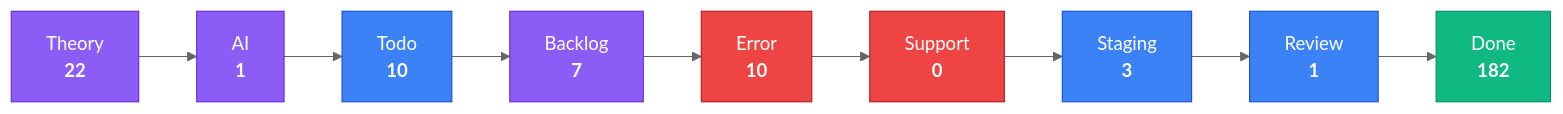
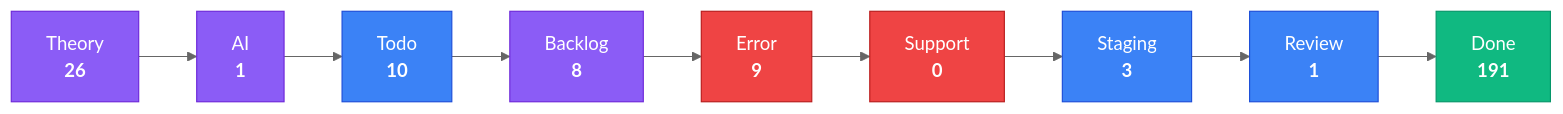
One commit to KBVE/kbve changed the third of 4 diagrams in apps/kbve/astro-kbve/src/content/docs/dashboard/kanban-data.mdx. Above: the diagram before and after it, drawn with Mermaid (neutral theme). The commit also changed other lines of this file and 2 other files, not shown here.

````diff
--- a/apps/kbve/astro-kbve/src/content/docs/dashboard/kanban-data.mdx
+++ b/apps/kbve/astro-kbve/src/content/docs/dashboard/kanban-data.mdx
@@ -80,28 +80,28 @@
 ```mermaid
 flowchart LR
     classDef planning fill:#8b5cf6,stroke:#6d28d9,color:#fff
     classDef active fill:#3b82f6,stroke:#1d4ed8,color:#fff
     classDef blocked fill:#ef4444,stroke:#b91c1c,color:#fff
     classDef done fill:#10b981,stroke:#059669,color:#fff
-    Theory["Theory<br/><strong>22</strong>"]
+    Theory["Theory<br/><strong>26</strong>"]
     Theory --> AI
     AI["AI<br/><strong>1</strong>"]
     AI --> Todo
     Todo["Todo<br/><strong>10</strong>"]
     Todo --> Backlog
-    Backlog["Backlog<br/><strong>7</strong>"]
+    Backlog["Backlog<br/><strong>8</strong>"]
     Backlog --> Error
-    Error["Error<br/><strong>10</strong>"]
+    Error["Error<br/><strong>9</strong>"]
     Error --> Support
     Support["Support<br/><strong>0</strong>"]
     Support --> Staging
     Staging["Staging<br/><strong>3</strong>"]
     Staging --> Review
     Review["Review<br/><strong>1</strong>"]
     Review --> Done
-    Done["Done<br/><strong>182</strong>"]
+    Done["Done<br/><strong>191</strong>"]
     class Theory,AI,Backlog planning
     class Todo,Staging,Review active
     class Error,Support blocked
     class Done done
 ```
````
